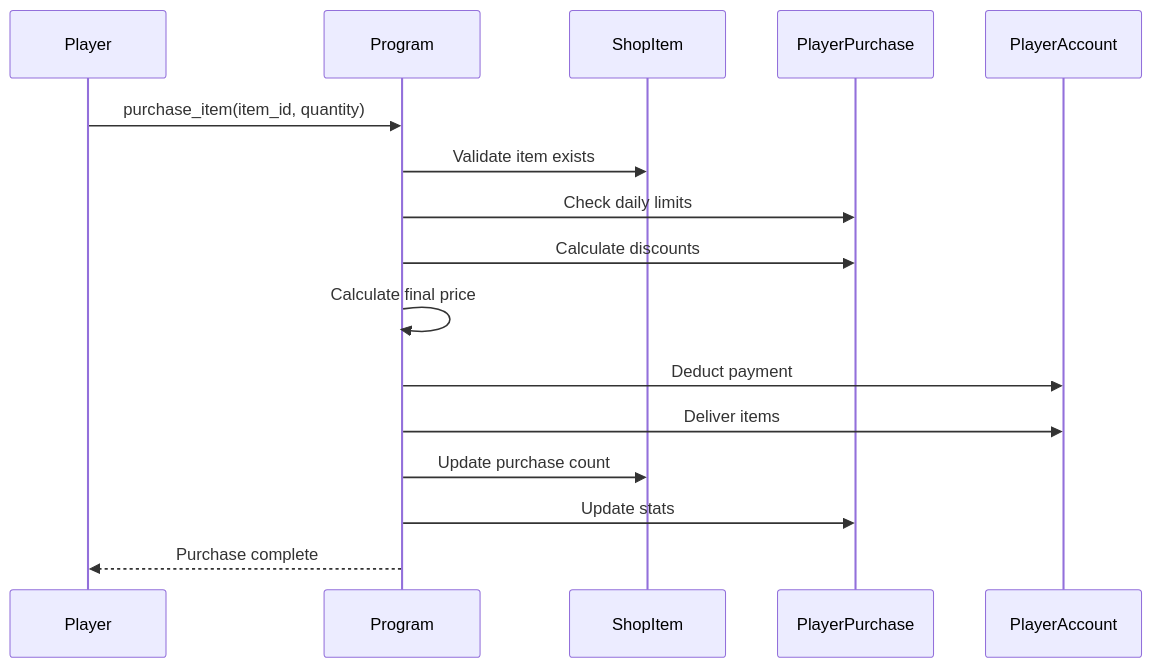
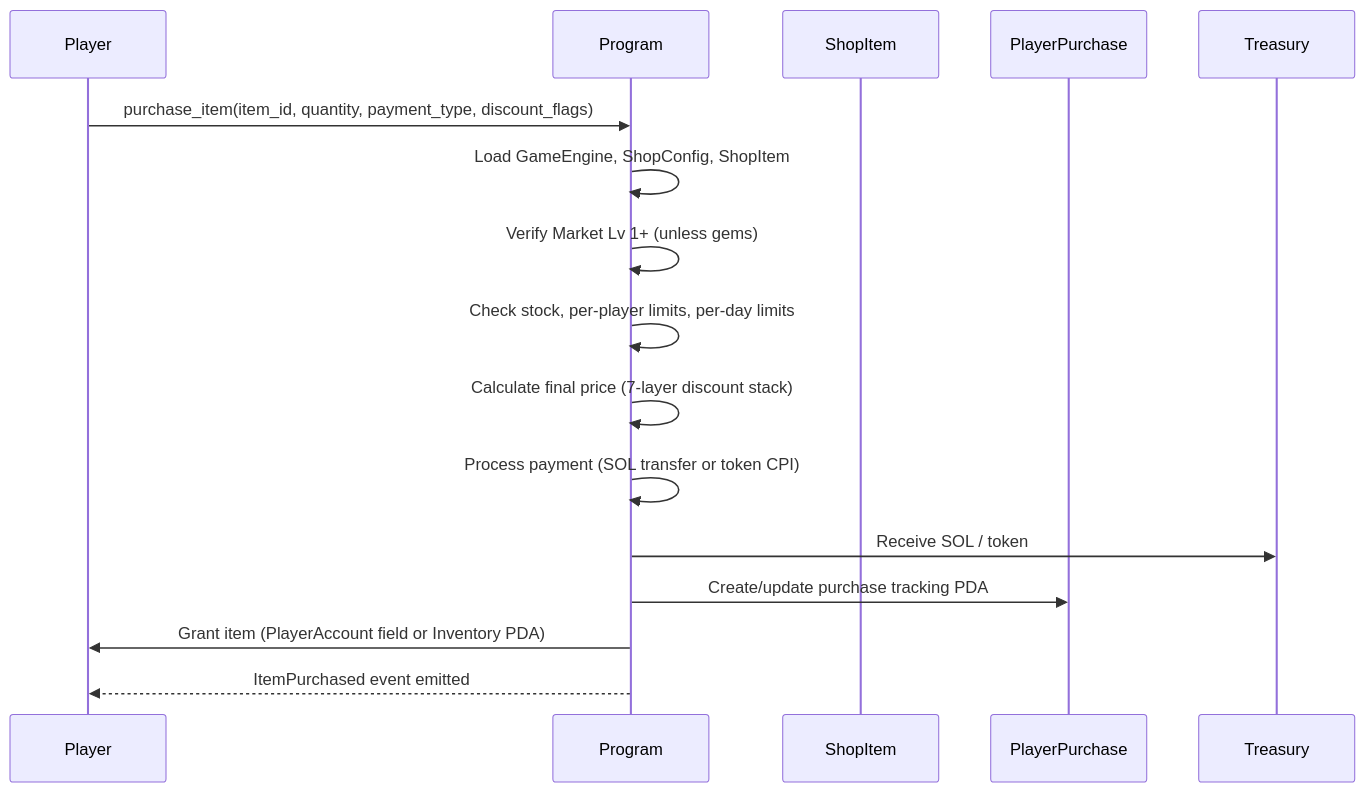
Before and after one commit to crypt0miester/novus-mundus: the sixth of 6 diagrams in docs/onchain/04-systems/shop.md, drawn with Mermaid. The commit also changed other lines of this file and 259 other files, not shown here.

Commit message:
Add player journey game plan: narrative arc, the Steward, estate redesign and Market unbundling

````diff
--- a/docs/onchain/04-systems/shop.md
+++ b/docs/onchain/04-systems/shop.md
@@ -361,19 +415,19 @@
 ```mermaid
 sequenceDiagram
     participant Player
     participant Program
     participant ShopItem
     participant PlayerPurchase
-    participant PlayerAccount
+    participant Treasury
 
-    Player->>Program: purchase_item(item_id, quantity)
-    Program->>ShopItem: Validate item exists
-    Program->>PlayerPurchase: Check daily limits
-    Program->>PlayerPurchase: Calculate discounts
-    Program->>Program: Calculate final price
-    Program->>PlayerAccount: Deduct payment
-    Program->>PlayerAccount: Deliver items
-    Program->>ShopItem: Update purchase count
-    Program->>PlayerPurchase: Update stats
-    Program-->>Player: Purchase complete
+    Player->>Program: purchase_item(item_id, quantity, payment_type, discount_flags)
+    Program->>Program: Load GameEngine, ShopConfig, ShopItem
+    Program->>Program: Verify Market Lv 1+ (unless gems)
+    Program->>Program: Check stock, per-player limits, per-day limits
+    Program->>Program: Calculate final price (7-layer discount stack)
+    Program->>Program: Process payment (SOL transfer or token CPI)
+    Program->>Treasury: Receive SOL / token
+    Program->>PlayerPurchase: Create/update purchase tracking PDA
+    Program->>Player: Grant item (PlayerAccount field or Inventory PDA)
+    Program-->>Player: ItemPurchased event emitted
 ```
````
